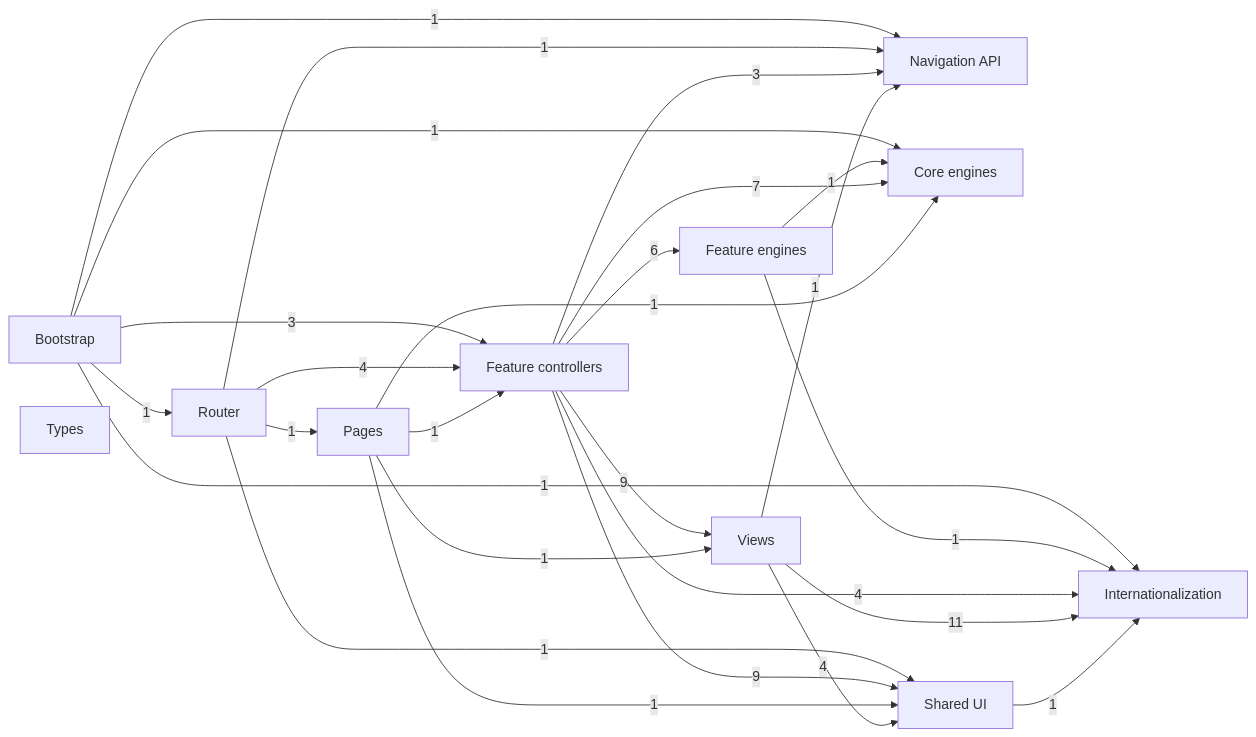
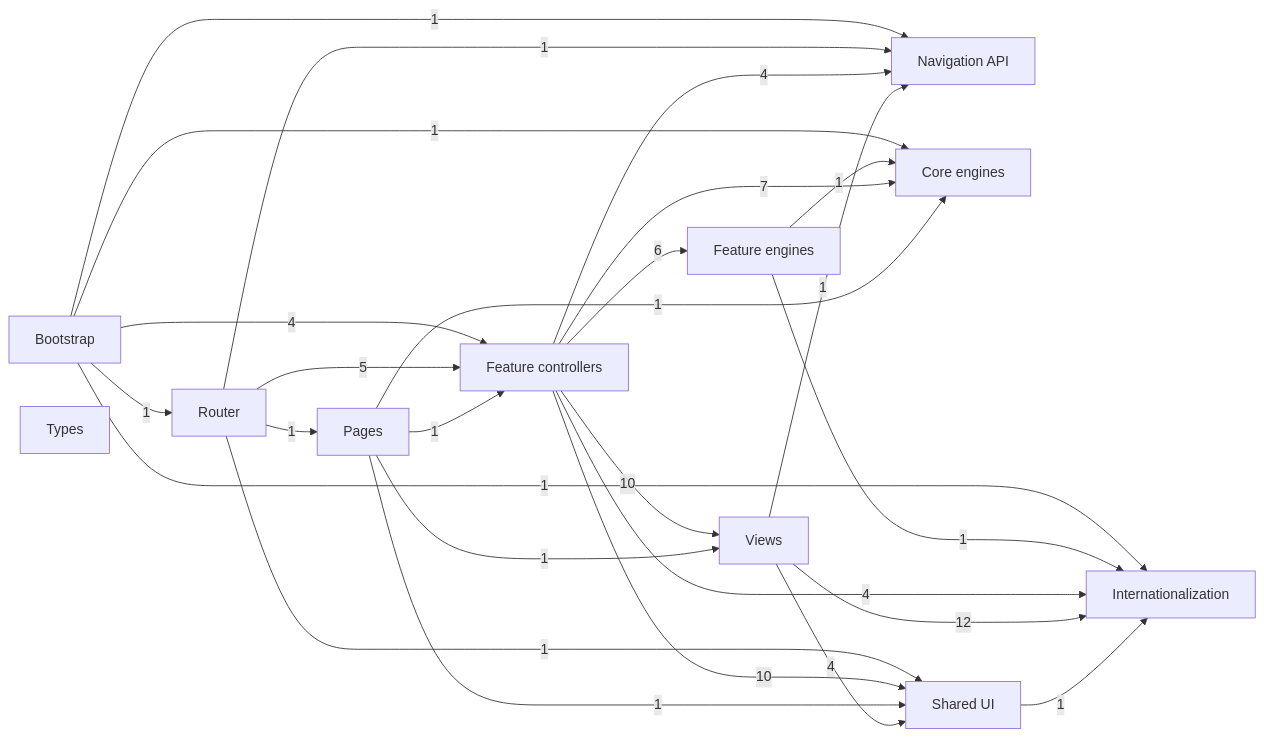
Before and after one commit to temsahak-rgb/Dino-5monde: the first of 12 diagrams in docs/dependency-graph.md, drawn with Mermaid. The commit also changed other lines of this file and 2 other files, not shown here.

````diff
--- a/docs/dependency-graph.md
+++ b/docs/dependency-graph.md
@@ -12,39 +12,39 @@
 ```mermaid
 flowchart LR
     G0["Bootstrap"]
     G1["Router"]
     G2["Navigation API"]
     G3["Core engines"]
     G4["Feature engines"]
     G5["Feature controllers"]
     G6["Pages"]
     G7["Views"]
     G8["Shared UI"]
     G9["Internationalization"]
     G10["Types"]
     G0 -->|1| G1
     G0 -->|1| G2
     G0 -->|1| G3
-    G0 -->|3| G5
+    G0 -->|4| G5
     G0 -->|1| G9
     G1 -->|1| G2
-    G1 -->|4| G5
+    G1 -->|5| G5
     G1 -->|1| G6
     G1 -->|1| G8
     G4 -->|1| G3
     G4 -->|1| G9
-    G5 -->|3| G2
+    G5 -->|4| G2
     G5 -->|7| G3
     G5 -->|6| G4
-    G5 -->|9| G7
-    G5 -->|9| G8
+    G5 -->|10| G7
+    G5 -->|10| G8
     G5 -->|4| G9
     G6 -->|1| G3
     G6 -->|1| G5
     G6 -->|1| G7
     G6 -->|1| G8
     G7 -->|1| G2
     G7 -->|4| G8
-    G7 -->|11| G9
+    G7 -->|12| G9
     G8 -->|1| G9
 ```
````
